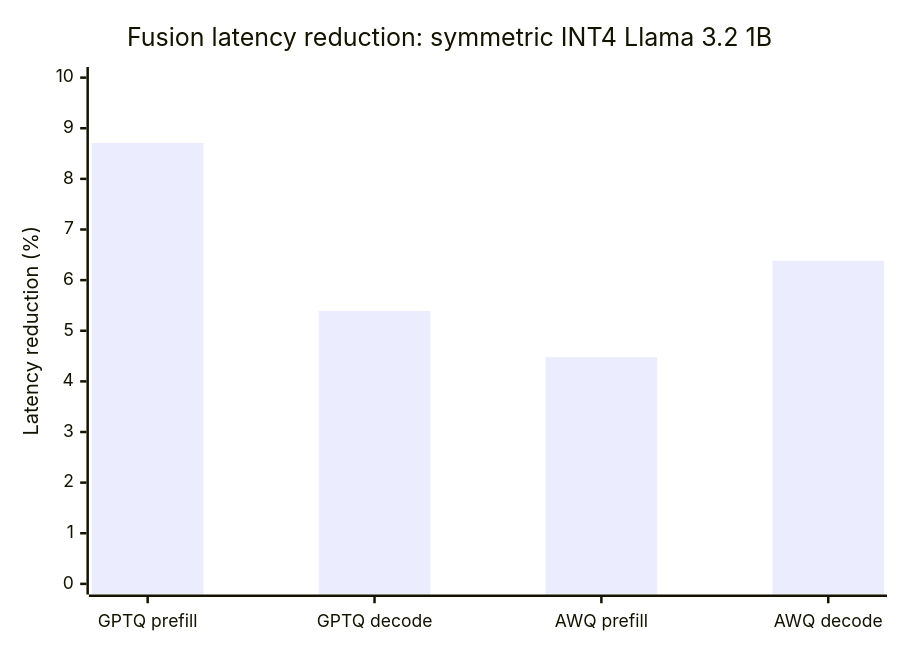
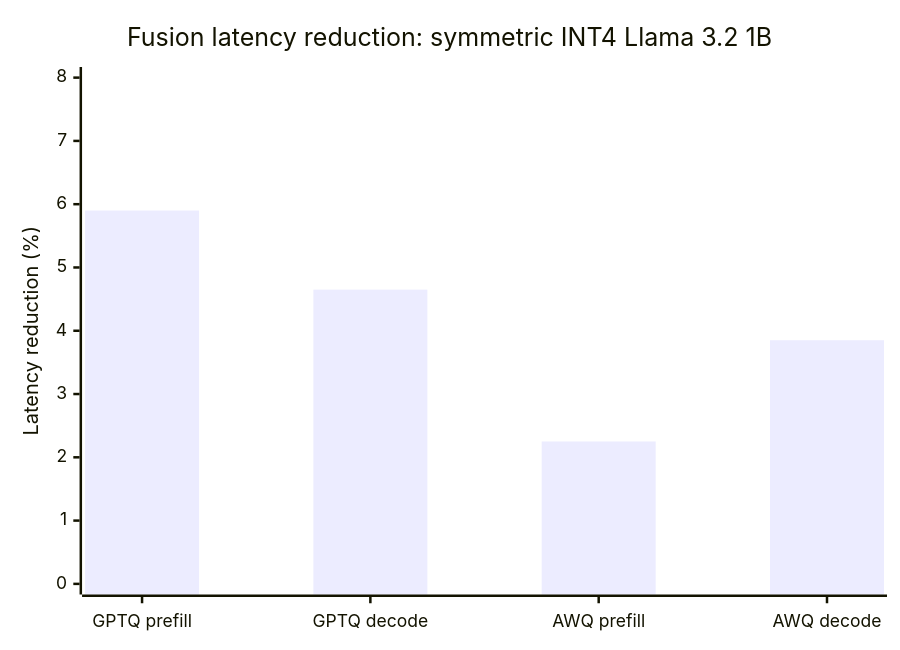
One commit to ModelCloud/GPTQModel changed the third of 3 diagrams in docs/fusion-planner.md. Above: the diagram before and after it, drawn with Mermaid. The commit also changed other lines of this file and 15 other files, not shown here.

````diff
--- a/docs/fusion-planner.md
+++ b/docs/fusion-planner.md
@@ -254,7 +257,7 @@
 ```mermaid
 xychart-beta
     title "Fusion latency reduction: symmetric INT4 Llama 3.2 1B"
     x-axis ["GPTQ prefill", "GPTQ decode", "AWQ prefill", "AWQ decode"]
-    y-axis "Latency reduction (%)" 0 --> 10
-    bar [8.71, 5.39, 4.48, 6.38]
+    y-axis "Latency reduction (%)" 0 --> 8
+    bar [5.90, 4.65, 2.25, 3.85]
 ```
````
